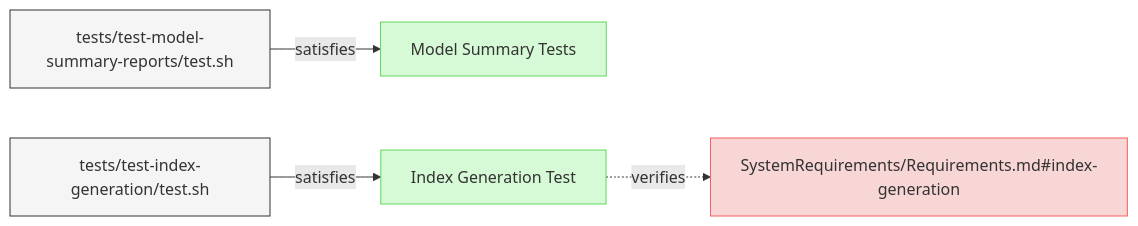
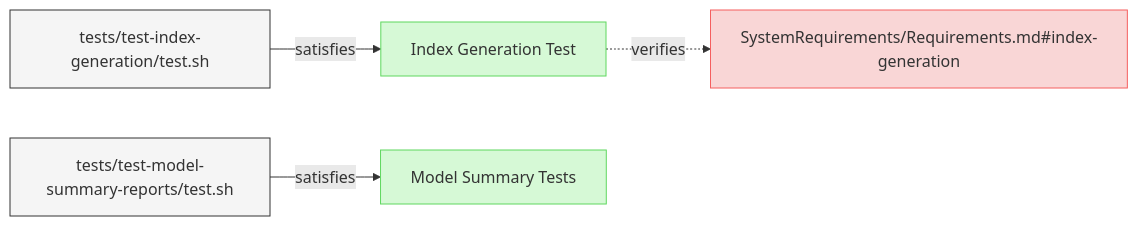
One commit to reqvire-org/reqvire changed the diagram in specifications/Verifications/ReportsTests.md. Above: the diagram before and after it, drawn with Mermaid. The commit also changed 72 other files, not shown here.

Commit message:
Major rework of the logic in reqvire. It uses git repository root as root folder and everything else is relative to it. External folders and specifications folder concept has been deprecated.

````diff
--- a/specifications/Verifications/ReportsTests.md
+++ b/specifications/Verifications/ReportsTests.md
@@ -6,27 +6,27 @@
 ```mermaid
 graph LR;
   %% Graph styling
   classDef requirement fill:#f9d6d6,stroke:#f55f5f,stroke-width:1px;
   classDef verification fill:#d6f9d6,stroke:#5fd75f,stroke-width:1px;
   classDef externalLink fill:#d0e0ff,stroke:#3080ff,stroke-width:1px;
   classDef default fill:#f5f5f5,stroke:#333333,stroke-width:1px;
 
+  62274e8cf8493254["Index Generation Test"];
+  click 62274e8cf8493254 "ReportsTests.md#index-generation-test";
+  class 62274e8cf8493254 verification;
+  3b4bfa0725509a0e["SystemRequirements/Requirements.md#index-generation"];
+  class 3b4bfa0725509a0e requirement;
+  click 3b4bfa0725509a0e "../SystemRequirements/Requirements.md#index-generation";
+  62274e8cf8493254 -.->|verifies| 3b4bfa0725509a0e;
+  9c89c7cfe5f93c50["tests/test-index-generation/test.sh"];
+  class 9c89c7cfe5f93c50 default;
+  click 9c89c7cfe5f93c50 "../../tests/test-index-generation/test.sh";
+  9c89c7cfe5f93c50 -->|satisfies| 62274e8cf8493254;
   ecd5cbbaddffb824["Model Summary Tests"];
-  click ecd5cbbaddffb824 "https://github.com/Reqvire/reqvire/blob/ad88ba6b828e94c93382866fefd058c011c1ac60/specifications/Verifications/ReportsTests.md#model-summary-tests";
+  click ecd5cbbaddffb824 "ReportsTests.md#model-summary-tests";
   class ecd5cbbaddffb824 verification;
   ed42c8b28f021de0["tests/test-model-summary-reports/test.sh"];
   class ed42c8b28f021de0 default;
-  click ed42c8b28f021de0 "https://github.com/Reqvire/reqvire/blob/ad88ba6b828e94c93382866fefd058c011c1ac60/tests/test-model-summary-reports/test.sh";
+  click ed42c8b28f021de0 "../../tests/test-model-summary-reports/test.sh";
   ed42c8b28f021de0 -->|satisfies| ecd5cbbaddffb824;
-  62274e8cf8493254["Index Generation Test"];
-  click 62274e8cf8493254 "https://github.com/Reqvire/reqvire/blob/ad88ba6b828e94c93382866fefd058c011c1ac60/specifications/Verifications/ReportsTests.md#index-generation-test";
-  class 62274e8cf8493254 verification;
-  3b4bfa0725509a0e["SystemRequirements/Requirements.md#index-generation"];
-  class 3b4bfa0725509a0e requirement;
-  click 3b4bfa0725509a0e "https://github.com/Reqvire/reqvire/blob/ad88ba6b828e94c93382866fefd058c011c1ac60/specifications/SystemRequirements/Requirements.md#index-generation";
-  62274e8cf8493254 -.->|verifies| 3b4bfa0725509a0e;
-  9c89c7cfe5f93c50["tests/test-index-generation/test.sh"];
-  class 9c89c7cfe5f93c50 default;
-  click 9c89c7cfe5f93c50 "https://github.com/Reqvire/reqvire/blob/ad88ba6b828e94c93382866fefd058c011c1ac60/tests/test-index-generation/test.sh";
-  9c89c7cfe5f93c50 -->|satisfies| 62274e8cf8493254;
 ```
````
